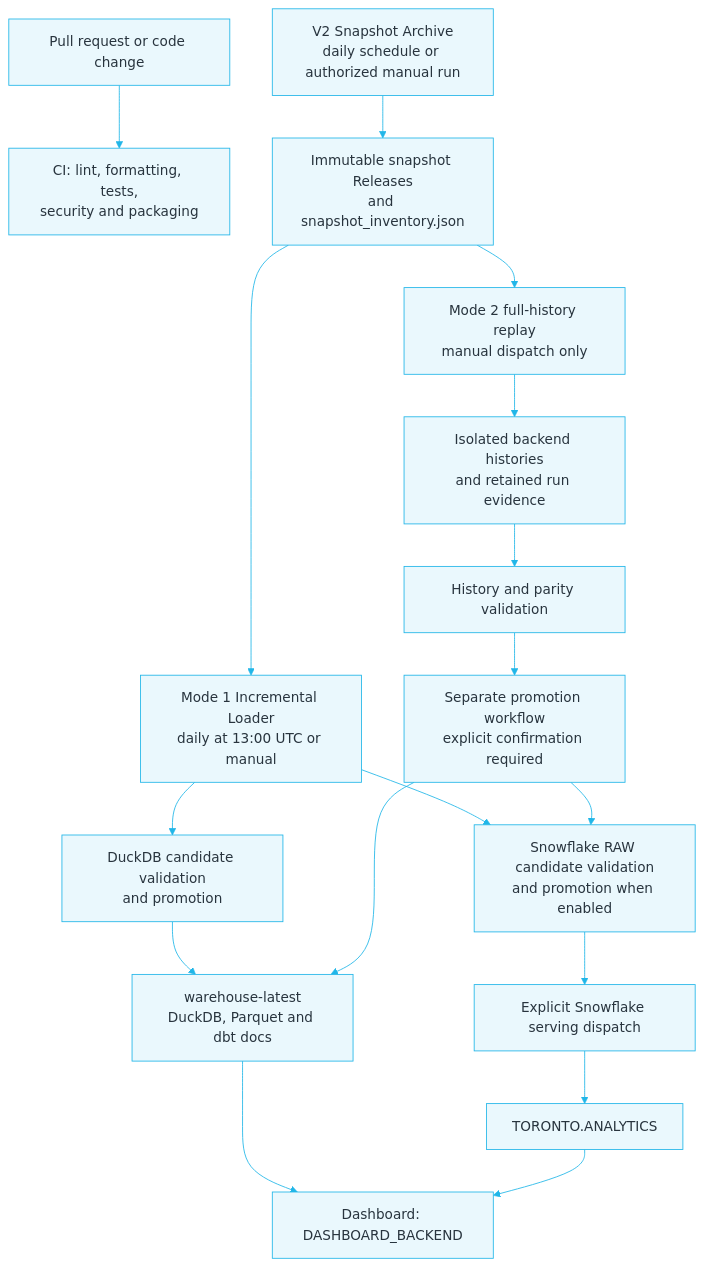
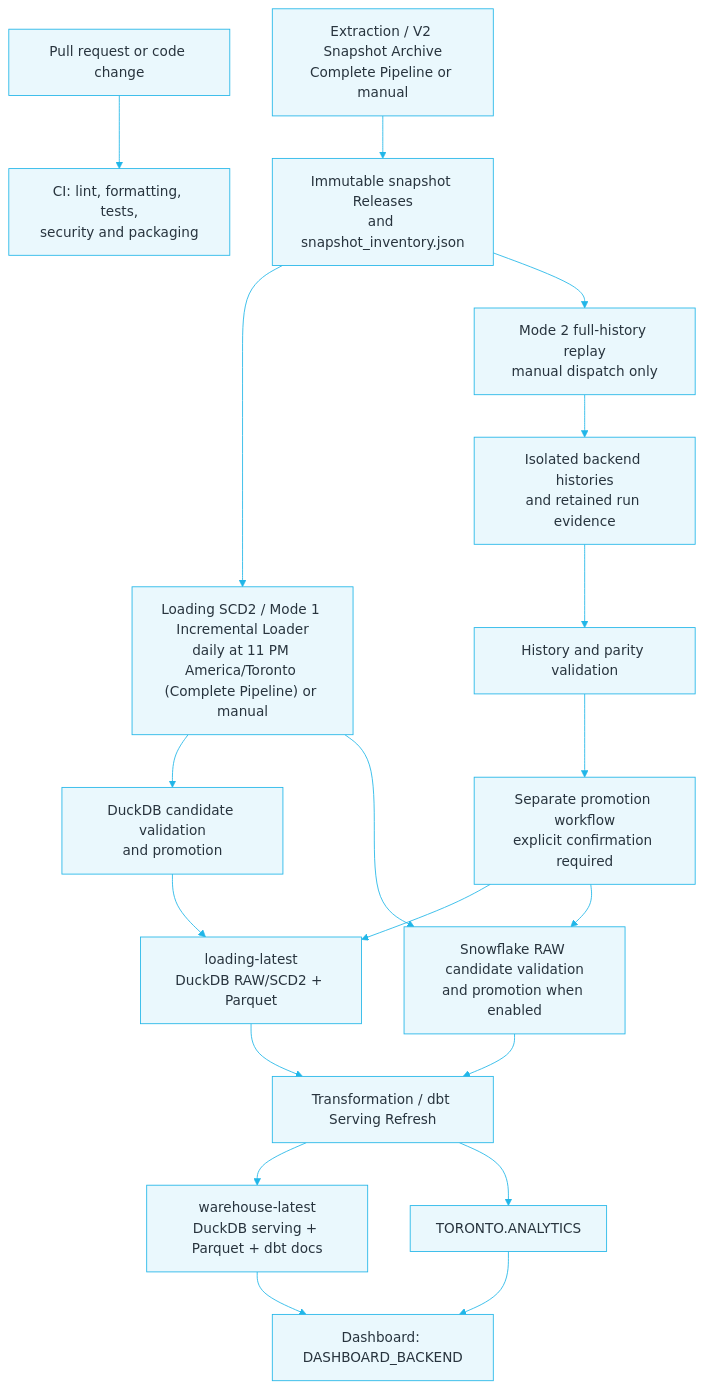
One commit to gagadanalyst/toronto-housing-bottleneck-analytics changed the second of 2 diagrams in README.md. Above: the diagram before and after it, drawn with Mermaid. The commit also changed other lines of this file and 26 other files, not shown here.

Commit message:
refactor: separate extraction, loading, and transformation pipelines

````diff
--- a/README.md
+++ b/README.md
@@ -191,25 +162,27 @@
 ```mermaid
 %%{init: {"theme":"base","themeVariables":{"primaryColor":"#EAF8FD","primaryTextColor":"#28343E","primaryBorderColor":"#21B6E8","lineColor":"#21B6E8","secondaryColor":"#E9EEF3","tertiaryColor":"#FFFFFF","fontFamily":"Arial, sans-serif"}}}%%
 flowchart TB
     PR["Pull request or code change"] --> CI["CI: lint, formatting, tests,<br/>security and packaging"]
 
-    EXT["V2 Snapshot Archive<br/>daily schedule or authorized manual run"]
+    EXT["Extraction / V2 Snapshot Archive<br/>Complete Pipeline or manual"]
     EXT --> REL["Immutable snapshot Releases<br/>and snapshot_inventory.json"]
 
-    REL --> M1["Mode 1 Incremental Loader<br/>daily at 13:00 UTC or manual"]
+    REL --> M1["Loading SCD2 / Mode 1 Incremental Loader<br/>daily at 11 PM America/Toronto (Complete Pipeline) or manual"]
     M1 --> D["DuckDB candidate validation<br/>and promotion"]
     M1 --> S["Snowflake RAW candidate validation<br/>and promotion when enabled"]
-    D --> WH["warehouse-latest<br/>DuckDB, Parquet and dbt docs"]
-    S --> SERVE["Explicit Snowflake serving dispatch"]
-    SERVE --> AN["TORONTO.ANALYTICS"]
+    D --> LREL["loading-latest<br/>DuckDB RAW/SCD2 + Parquet"]
+    LREL --> TRANS["Transformation / dbt Serving Refresh"]
+    TRANS --> WH["warehouse-latest<br/>DuckDB serving + Parquet + dbt docs"]
+    S --> TRANS
+    TRANS --> AN["TORONTO.ANALYTICS"]
 
     REL --> M2["Mode 2 full-history replay<br/>manual dispatch only"]
     M2 --> ISO["Isolated backend histories<br/>and retained run evidence"]
     ISO --> PAR["History and parity validation"]
     PAR --> PROM["Separate promotion workflow<br/>explicit confirmation required"]
-    PROM --> WH
+    PROM --> LREL
     PROM --> S
 
     WH --> APP["Dashboard: DASHBOARD_BACKEND"]
     AN --> APP
 ```
````
